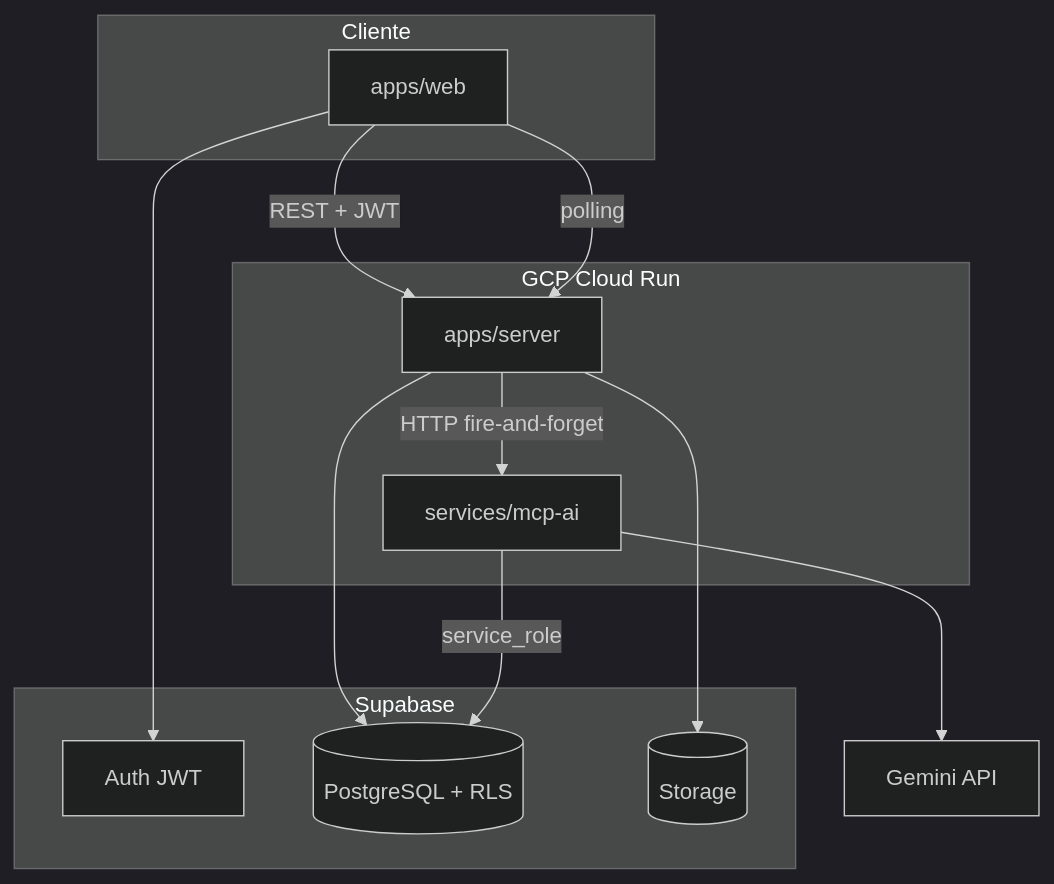
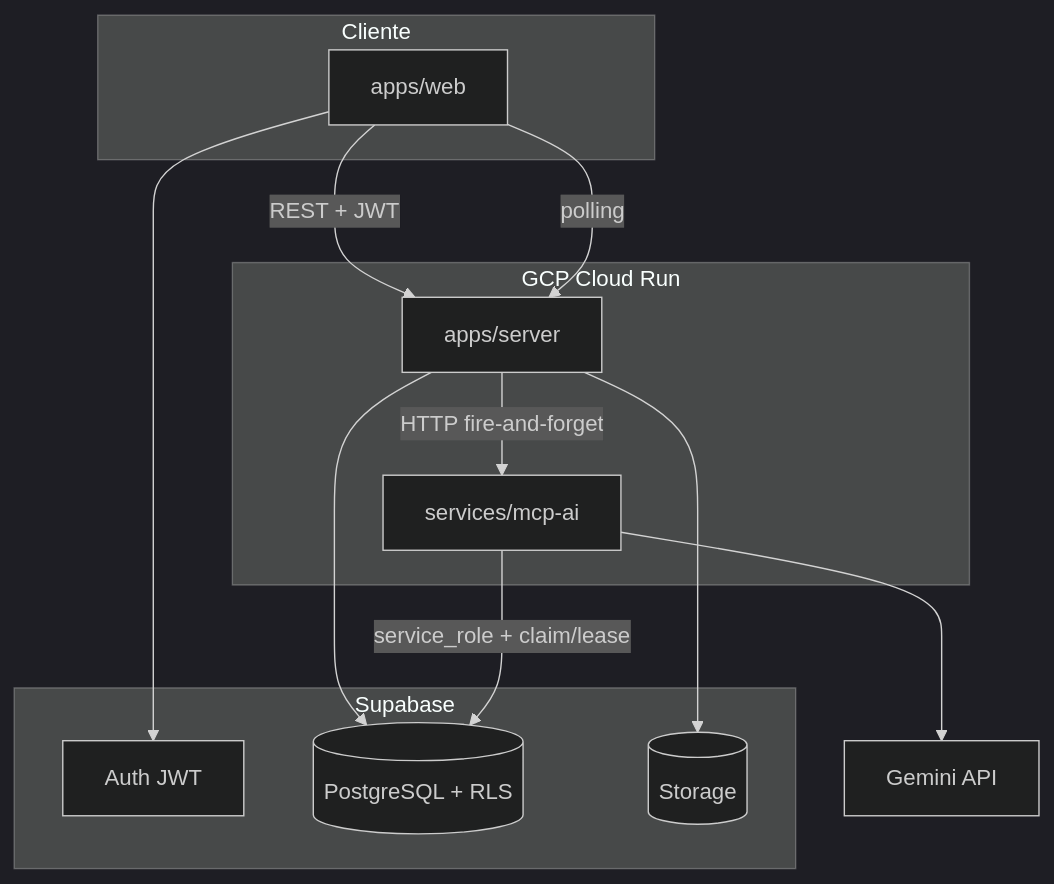
One commit to Admaal/PropTech changed the diagram in docs/architecture.md. Above: the diagram before and after it, drawn with Mermaid (dark theme). The commit also changed other lines of this file and 87 other files, not shown here.

````diff
--- a/docs/architecture.md
+++ b/docs/architecture.md
@@ -7,26 +7,26 @@
 ```mermaid
 flowchart TB
   subgraph client [Cliente]
     Web[apps/web]
   end
 
   subgraph supabase [Supabase]
     Auth[Auth JWT]
     PG[(PostgreSQL + RLS)]
     Storage[(Storage)]
   end
 
   subgraph gcp [GCP Cloud Run]
     Server[apps/server]
     MCP[services/mcp-ai]
   end
 
   Web -->|REST + JWT| Server
   Web --> Auth
   Server --> PG
   Server --> Storage
   Server -->|HTTP fire-and-forget| MCP
   MCP --> Gemini[Gemini API]
-  MCP -->|service_role| PG
+  MCP -->|service_role + claim/lease| PG
   Web -->|polling| Server
 ```
````
